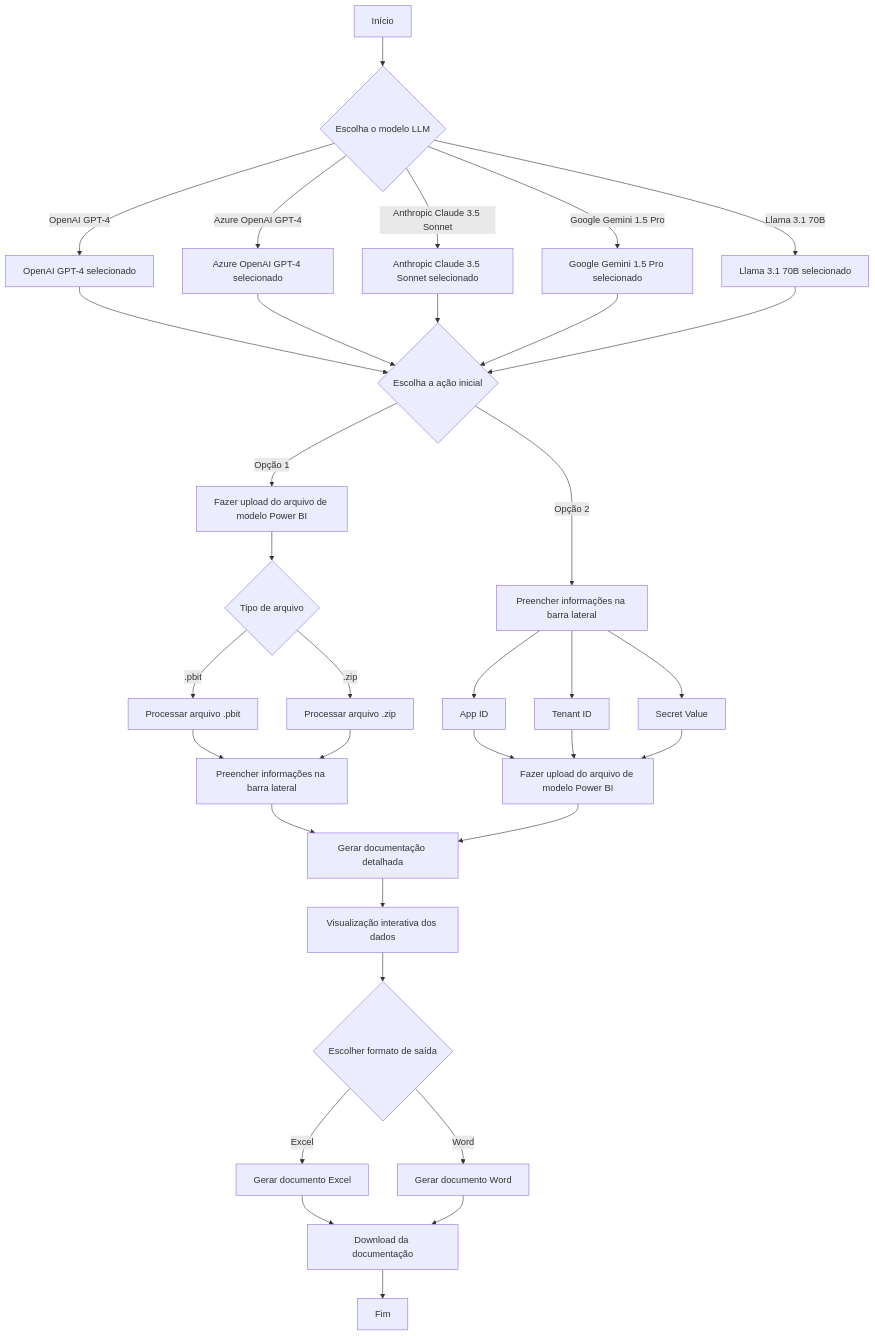
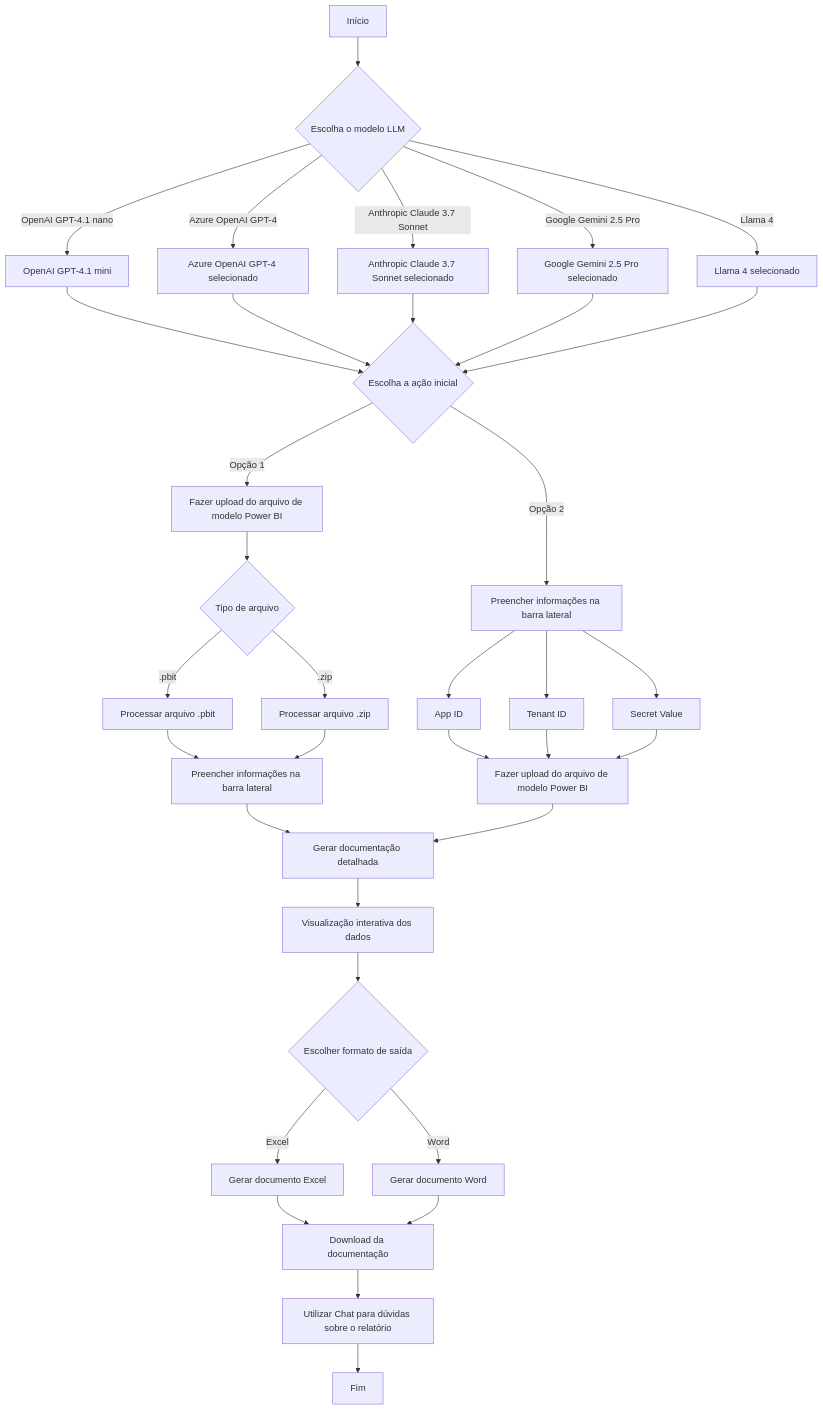
The diagram in README.md (LawrenceTeixeira/PBIAutoDoc), drawn with Mermaid before and after one commit. The commit also changed other lines of this file, not shown here.

Commit message:
modified:   README.md

````diff
--- a/README.md
+++ b/README.md
@@ -26,36 +32,37 @@
 ```mermaid
 graph TD
     A[Início] --> B{Escolha o modelo LLM}
-    B -->|OpenAI GPT-4| C[OpenAI GPT-4 selecionado]
+    B -->|OpenAI GPT-4.1 nano| C[OpenAI GPT-4.1 mini]
     B -->|Azure OpenAI GPT-4| D[Azure OpenAI GPT-4 selecionado]
-    B -->|Anthropic Claude 3.5 Sonnet| E[Anthropic Claude 3.5 Sonnet selecionado]
-    B -->|Google Gemini 1.5 Pro| F[Google Gemini 1.5 Pro selecionado]
-    B -->|Llama 3.1 70B| G[Llama 3.1 70B selecionado]
+    B -->|Anthropic Claude 3.7 Sonnet| E[Anthropic Claude 3.7 Sonnet selecionado]
+    B -->|Google Gemini 2.5 Pro| F[Google Gemini 2.5 Pro selecionado]
+    B -->|Llama 4| G[Llama 4 selecionado]
     C --> H{Escolha a ação inicial}
     D --> H
     E --> H
     F --> H
     G --> H
     H -->|Opção 1| I[Fazer upload do arquivo de modelo Power BI]
     H -->|Opção 2| J[Preencher informações na barra lateral]
     I --> K{Tipo de arquivo}
     K -->|.pbit| L[Processar arquivo .pbit]
     K -->|.zip| M[Processar arquivo .zip]
     J --> N[App ID]
     J --> O[Tenant ID]
     J --> P[Secret Value]
     L --> Q[Preencher informações na barra lateral]
     M --> Q
     N --> R[Fazer upload do arquivo de modelo Power BI]
     O --> R
     P --> R
     Q --> S[Gerar documentação detalhada]
     R --> S
     S --> T[Visualização interativa dos dados]
     T --> U{Escolher formato de saída}
     U -->|Excel| V[Gerar documento Excel]
     U -->|Word| W[Gerar documento Word]
     V --> X[Download da documentação]
     W --> X
-    X --> Y[Fim]
+    X --> Z[Utilizar Chat para dúvidas sobre o relatório]
+    Z --> Y[Fim]
 ```
````
